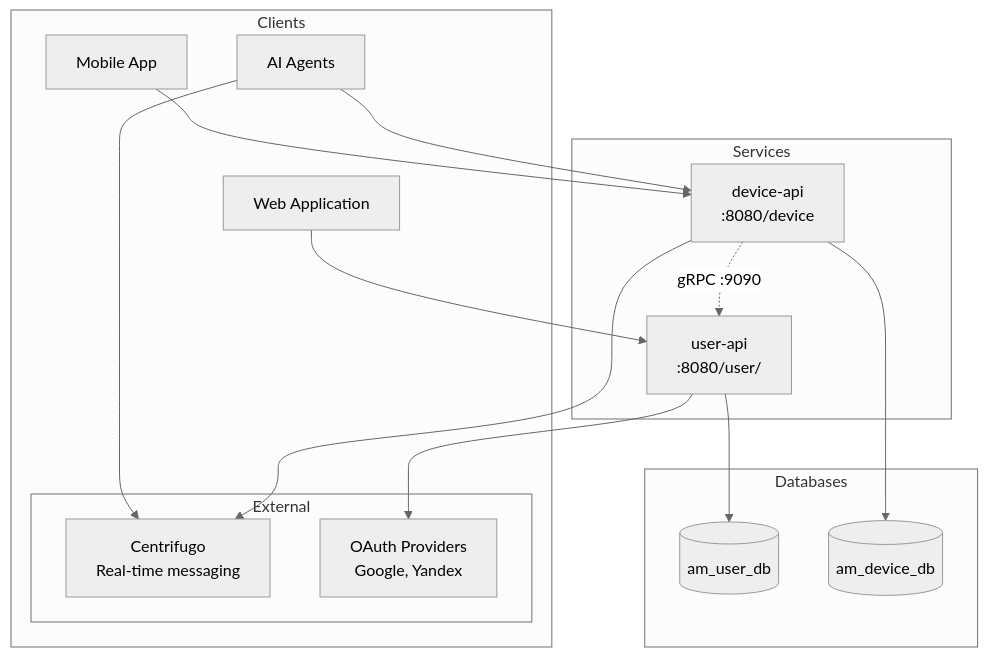
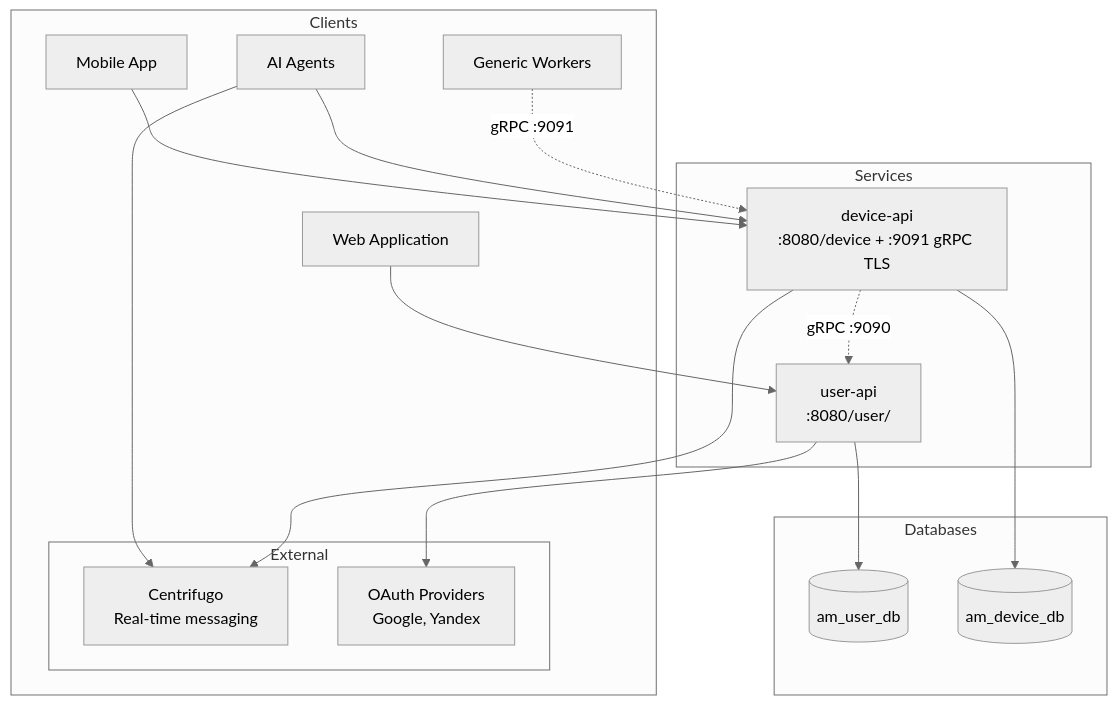
One commit to AgiMateIo/agimate-backend changed the diagram in docs/architecture.md. Above: the diagram before and after it, drawn with Mermaid (neutral theme). The commit also changed other lines of this file and 19 other files, not shown here.

````diff
--- a/docs/architecture.md
+++ b/docs/architecture.md
@@ -5,36 +5,38 @@
 ```mermaid
 graph TB
     subgraph "Clients"
         WebApp[Web Application]
         MobileApp[Mobile App]
         External[External Systems]
         Agents[AI Agents]
+        Workers[Generic Workers]
     end
 
     subgraph "Services"
         UserAPI[user-api<br/>:8080/user/]
-        DeviceAPI[device-api<br/>:8080/device]
+        DeviceAPI[device-api<br/>:8080/device + :9091 gRPC TLS]
     end
 
     subgraph "Databases"
         UserDB[(am_user_db)]
         DeviceDB[(am_device_db)]
     end
 
     subgraph "External"
         Centrifugo[Centrifugo<br/>Real-time messaging]
         OAuth[OAuth Providers<br/>Google, Yandex]
     end
 
     WebApp --> UserAPI
     MobileApp --> DeviceAPI
     Agents --> DeviceAPI
     Agents --> Centrifugo
+    Workers -.->|gRPC :9091| DeviceAPI
 
     UserAPI --> UserDB
     DeviceAPI --> DeviceDB
 
     UserAPI --> OAuth
     DeviceAPI --> Centrifugo
     DeviceAPI -.->|gRPC :9090| UserAPI
 ```
````
